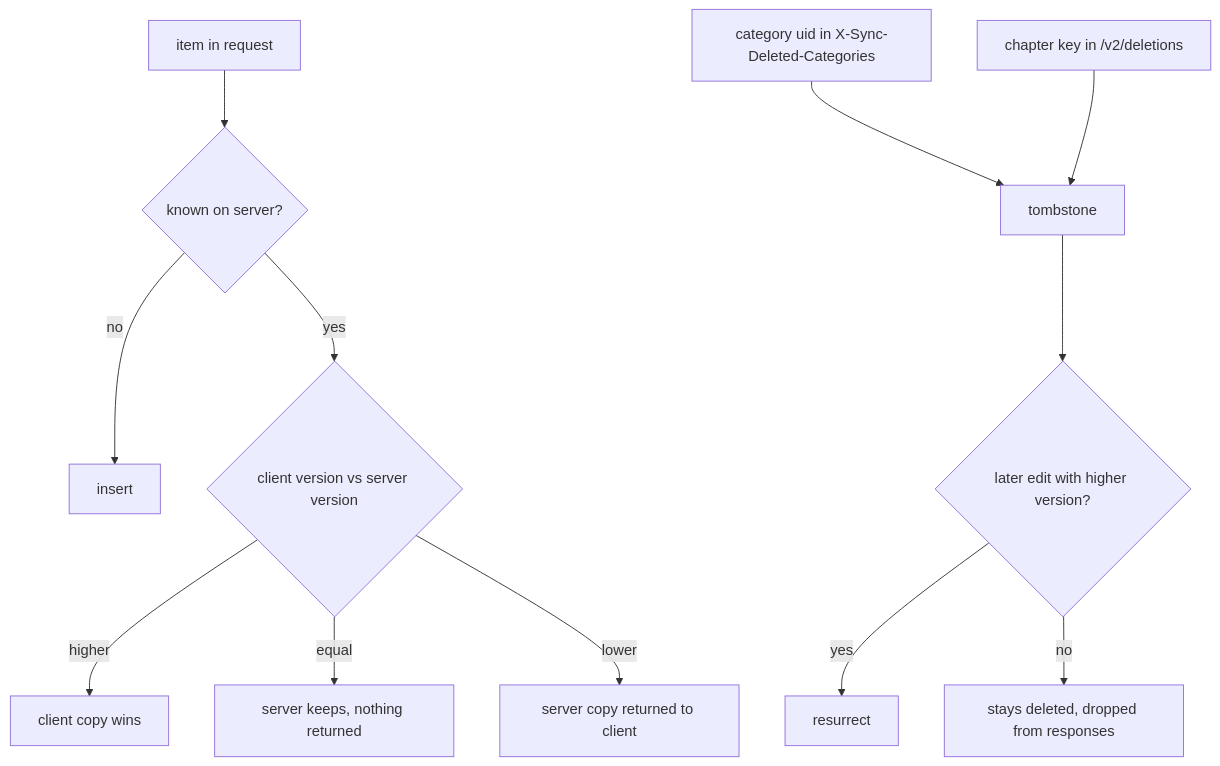
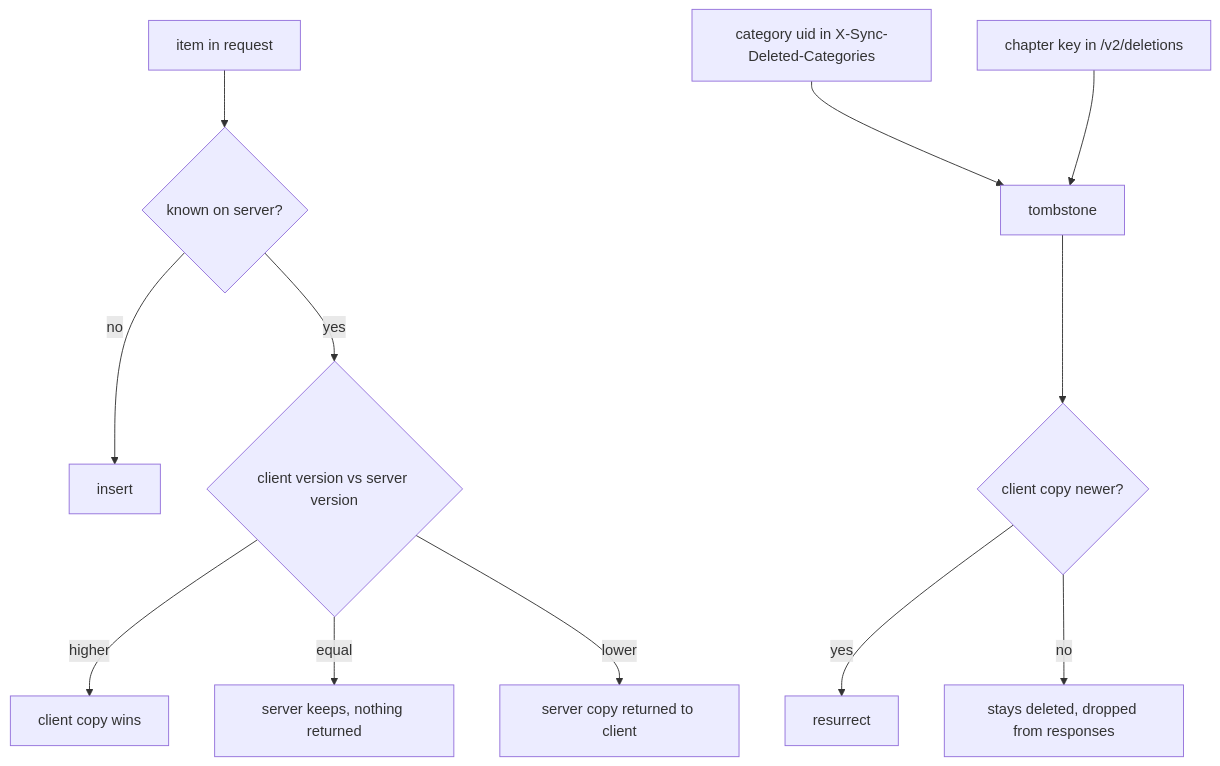
The third of 3 diagrams in docs/sync-protocol-v2.md (syncyomi/syncyomi), drawn with Mermaid before and after one commit. The commit also changed other lines of this file and 5 other files, not shown here.

````diff
--- a/docs/sync-protocol-v2.md
+++ b/docs/sync-protocol-v2.md
@@ -117,14 +116,14 @@
 ```mermaid
 flowchart TD
     I[item in request] --> K{known on server?}
     K -- no --> INS[insert]
     K -- yes --> V{client version vs server version}
     V -- higher --> W[client copy wins]
     V -- equal --> KEEP[server keeps, nothing returned]
     V -- lower --> R[server copy returned to client]
     T[category uid in X-Sync-Deleted-Categories] --> TB[tombstone]
     C[chapter key in /v2/deletions] --> TB
-    TB --> RES{later edit with higher version?}
+    TB --> RES{client copy newer?}
     RES -- yes --> RESURRECT[resurrect]
     RES -- no --> STAY[stays deleted, dropped from responses]
 ```
````
